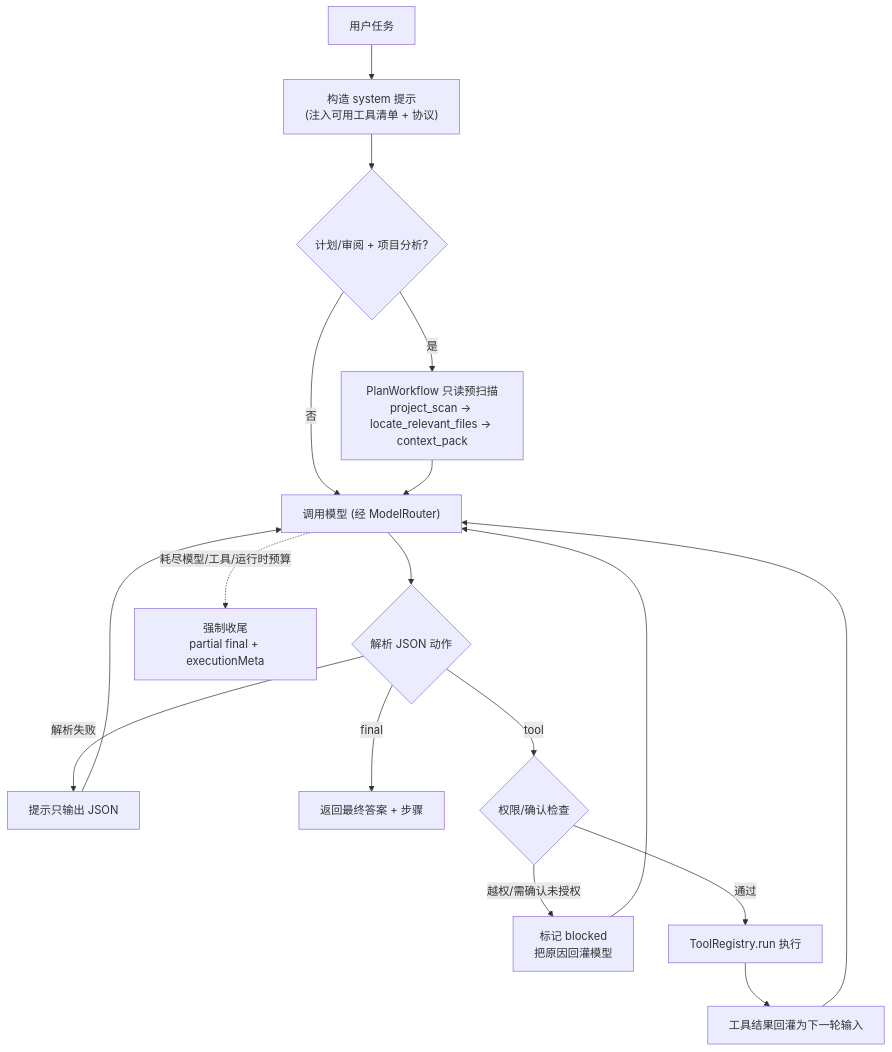
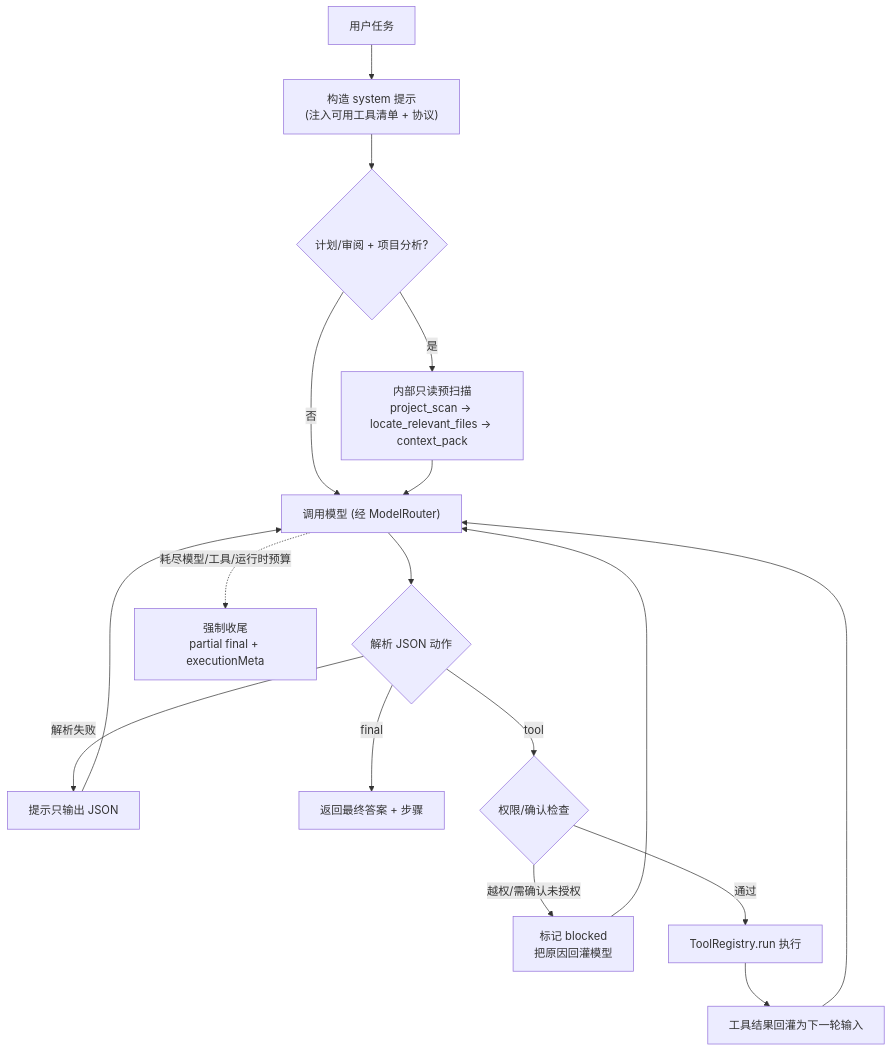
Before and after one commit to Atikou/AgentRelay: the diagram in docs/对话循环.md, drawn with Mermaid. The commit also changed other lines of this file and 7 other files, not shown here.

````diff
--- a/docs/对话循环.md
+++ b/docs/对话循环.md
@@ -16,16 +16,16 @@
 ```mermaid
 flowchart TD
     U["用户任务"] --> S["构造 system 提示<br/>(注入可用工具清单 + 协议)"]
     S --> PW{"计划/审阅 + 项目分析?"}
-    PW -- "是" --> PRE["PlanWorkflow 只读预扫描<br/>project_scan → locate_relevant_files → context_pack"]
+    PW -- "是" --> PRE["内部只读预扫描<br/>project_scan → locate_relevant_files → context_pack"]
     PW -- "否" --> C["调用模型 (经 ModelRouter)"]
     PRE --> C
     C --> P{"解析 JSON 动作"}
     P -- "解析失败" --> R["提示只输出 JSON"] --> C
     P -- "final" --> DONE["返回最终答案 + 步骤"]
     P -- "tool" --> PERM{"权限/确认检查"}
     PERM -- "越权/需确认未授权" --> BLK["标记 blocked<br/>把原因回灌模型"] --> C
     PERM -- "通过" --> EXEC["ToolRegistry.run 执行"]
     EXEC --> FEED["工具结果回灌为下一轮输入"] --> C
     C -. "耗尽模型/工具/运行时预算" .-> LIMIT["强制收尾<br/>partial final + executionMeta"]
 ```
````
